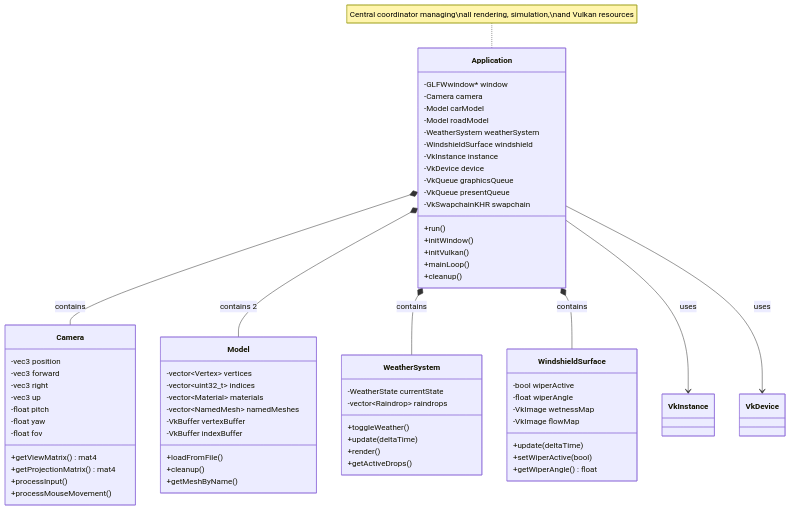
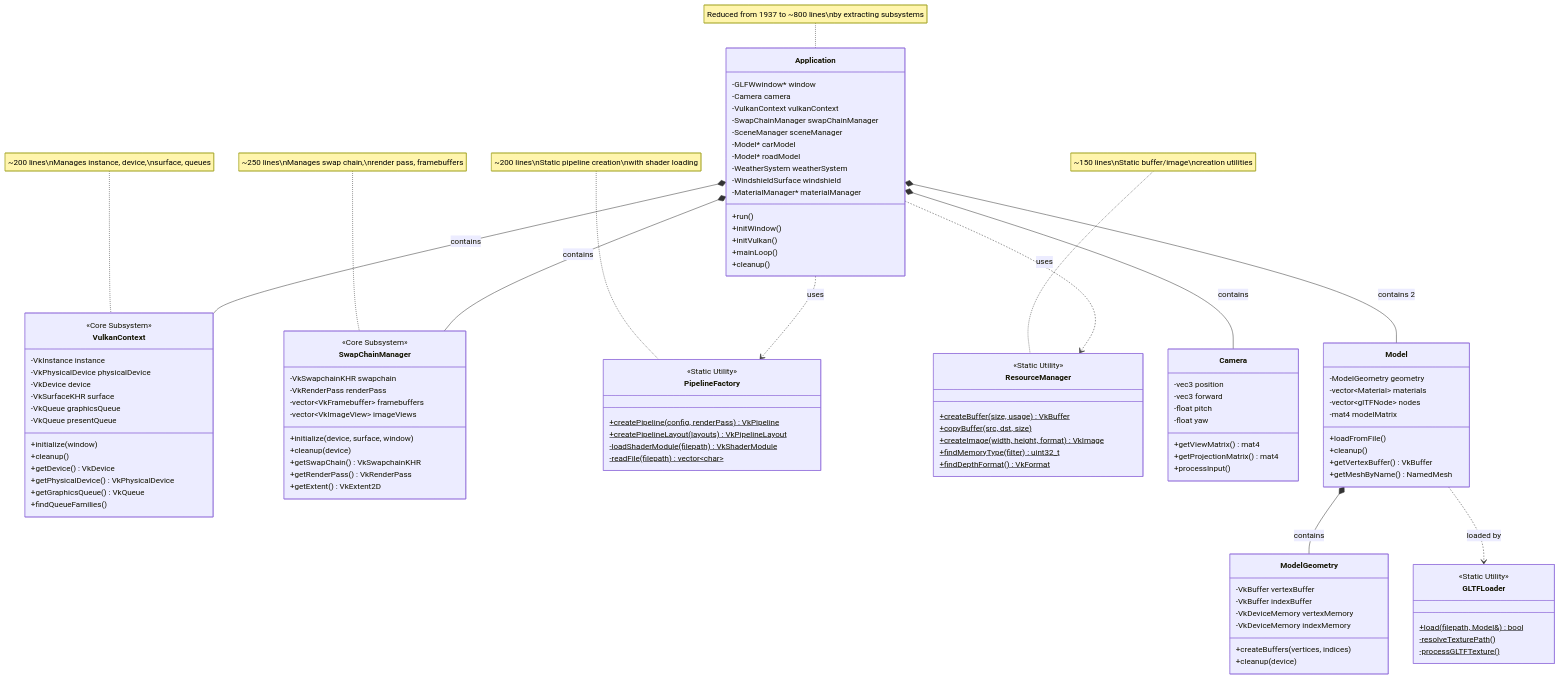
The fifth of 8 diagrams in ARCHITECTURE.md (segfal/DownPour), drawn with Mermaid before and after one commit. The commit also changed other lines of this file and 53 other files, not shown here.

````diff
--- a/ARCHITECTURE.md
+++ b/ARCHITECTURE.md
@@ -220,73 +220,120 @@
     class Application {
         -GLFWwindow* window
         -Camera camera
-        -Model carModel
-        -Model roadModel
+        -VulkanContext vulkanContext
+        -SwapChainManager swapChainManager
+        -SceneManager sceneManager
+        -Model* carModel
+        -Model* roadModel
         -WeatherSystem weatherSystem
         -WindshieldSurface windshield
-        -VkInstance instance
-        -VkDevice device
-        -VkQueue graphicsQueue
-        -VkQueue presentQueue
-        -VkSwapchainKHR swapchain
+        -MaterialManager* materialManager
         +run()
         +initWindow()
         +initVulkan()
         +mainLoop()
         +cleanup()
     }
-    
+
+    class VulkanContext {
+        <<Core Subsystem>>
+        -VkInstance instance
+        -VkPhysicalDevice physicalDevice
+        -VkDevice device
+        -VkSurfaceKHR surface
+        -VkQueue graphicsQueue
+        -VkQueue presentQueue
+        +initialize(window)
+        +cleanup()
+        +getDevice() VkDevice
+        +getPhysicalDevice() VkPhysicalDevice
+        +getGraphicsQueue() VkQueue
+        +findQueueFamilies()
+    }
+
+    class SwapChainManager {
+        <<Core Subsystem>>
+        -VkSwapchainKHR swapchain
+        -VkRenderPass renderPass
+        -vector~VkFramebuffer~ framebuffers
+        -vector~VkImageView~ imageViews
+        +initialize(device, surface, window)
+        +cleanup(device)
+        +getSwapChain() VkSwapchainKHR
+        +getRenderPass() VkRenderPass
+        +getExtent() VkExtent2D
+    }
+
+    class PipelineFactory {
+        <<Static Utility>>
+        +createPipeline(config, renderPass) VkPipeline$
+        +createPipelineLayout(layouts) VkPipelineLayout$
+        -loadShaderModule(filepath) VkShaderModule$
+        -readFile(filepath) vector~char~$
+    }
+
+    class ResourceManager {
+        <<Static Utility>>
+        +createBuffer(size, usage) VkBuffer$
+        +copyBuffer(src, dst, size)$
+        +createImage(width, height, format) VkImage$
+        +findMemoryType(filter) uint32_t$
+        +findDepthFormat() VkFormat$
+    }
+
     class Camera {
         -vec3 position
         -vec3 forward
-        -vec3 right
-        -vec3 up
         -float pitch
         -float yaw
-        -float fov
         +getViewMatrix() mat4
         +getProjectionMatrix() mat4
         +processInput()
-        +processMouseMovement()
     }
-    
+
     class Model {
-        -vector~Vertex~ vertices
-        -vector~uint32_t~ indices
+        -ModelGeometry geometry
         -vector~Material~ materials
-        -vector~NamedMesh~ namedMeshes
+        -vector~glTFNode~ nodes
+        -mat4 modelMatrix
+        +loadFromFile()
+        +cleanup()
+        +getVertexBuffer() VkBuffer
+        +getMeshByName() NamedMesh
+    }
+
+    class ModelGeometry {
         -VkBuffer vertexBuffer
         -VkBuffer indexBuffer
-        +loadFromFile()
-        +cleanup()
-        +getMeshByName()
+        -VkDeviceMemory vertexMemory
+        -VkDeviceMemory indexMemory
+        +createBuffers(vertices, indices)
+        +cleanup(device)
     }
-    
-    class WeatherSystem {
-        -WeatherState currentState
-        -vector~Raindrop~ raindrops
-        +toggleWeather()
-        +update(deltaTime)
-        +render()
-        +getActiveDrops()
+
+    class GLTFLoader {
+        <<Static Utility>>
+        +load(filepath, Model&) bool$
+        -resolveTexturePath()$
+        -processGLTFTexture()$
     }
-    
-    class WindshieldSurface {
-        -bool wiperActive
-        -float wiperAngle
-        -VkImage wetnessMap
-        -VkImage flowMap
-        +update(deltaTime)
-        +setWiperActive(bool)
-        +getWiperAngle() float
-    }
-    
+
+    Application *-- VulkanContext: contains
+    Application *-- SwapChainManager: contains
     Application *-- Camera: contains
     Application *-- Model: contains 2
-    Application *-- WeatherSystem: contains
-    Application *-- WindshieldSurface: contains
-    Application --> VkInstance: uses
-    Application --> VkDevice: uses
-    
-    note for Application "Central coordinator managing\nall rendering, simulation,\nand Vulkan resources"
+    Application ..> PipelineFactory: uses
+    Application ..> ResourceManager: uses
+    Model *-- ModelGeometry: contains
+    Model ..> GLTFLoader: loaded by
+
+    note for Application "Reduced from 1937 to ~800 lines\nby extracting subsystems"
+
+    note for VulkanContext "~200 lines\nManages instance, device,\nsurface, queues"
+
+    note for SwapChainManager "~250 lines\nManages swap chain,\nrender pass, framebuffers"
+
+    note for PipelineFactory "~200 lines\nStatic pipeline creation\nwith shader loading"
+
+    note for ResourceManager "~150 lines\nStatic buffer/image\ncreation utilities"
 ```
````
